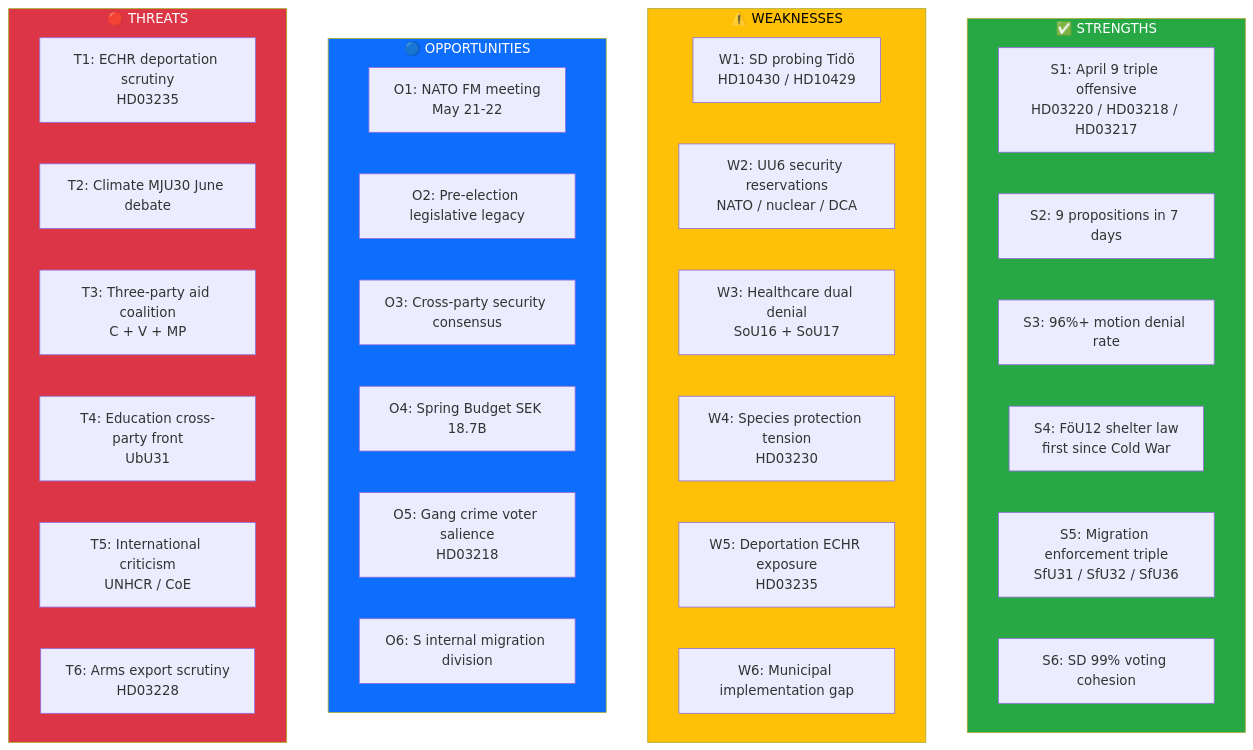
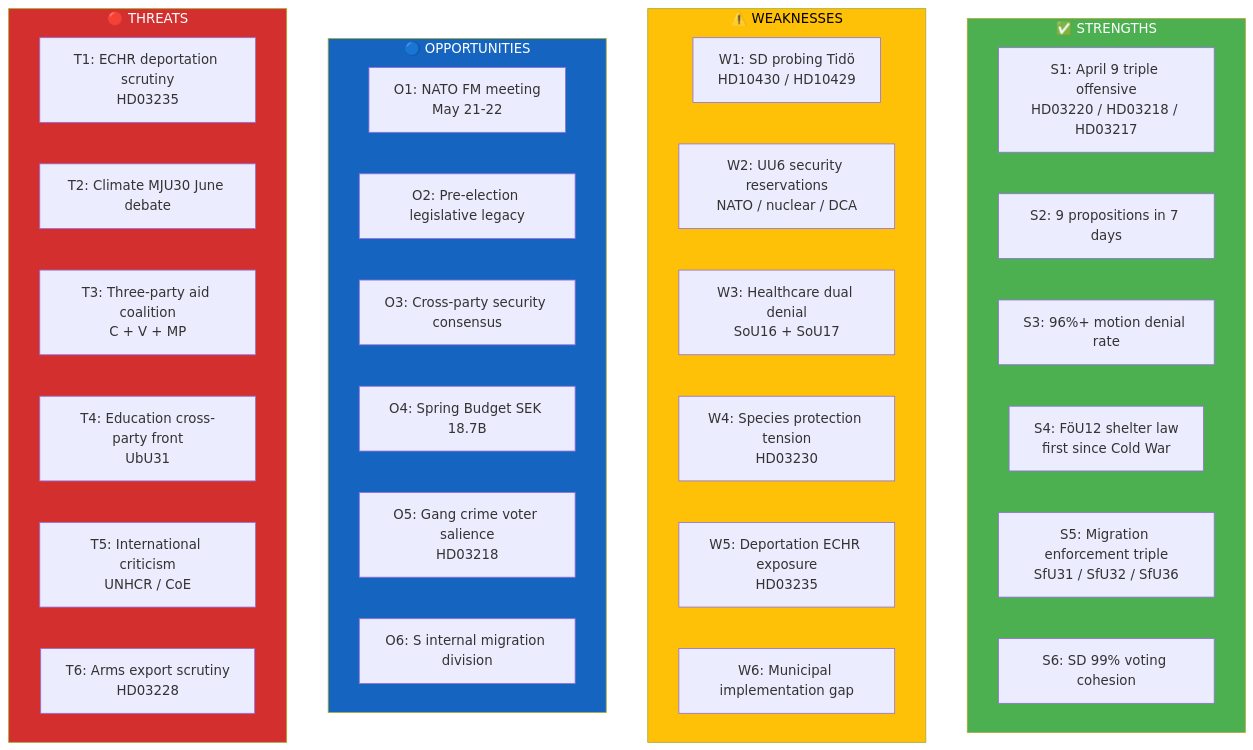
Before and after one commit to Hack23/riksdagsmonitor: the diagram in analysis/daily/2026-04-11/weekly-review/swot-analysis.md, drawn with Mermaid. The commit also changed 785 other files, not shown here.

First line of the commit message:
Normalize mermaid colors across 786 analysis artifacts to ISMS Style Guide palette

````diff
--- a/analysis/daily/2026-04-11/weekly-review/swot-analysis.md
+++ b/analysis/daily/2026-04-11/weekly-review/swot-analysis.md
@@ -19,43 +19,43 @@
 ```mermaid
 graph TD
     subgraph S["✅ STRENGTHS"]
         S1["S1: April 9 triple offensive<br/>HD03220 / HD03218 / HD03217"]
         S2["S2: 9 propositions in 7 days"]
         S3["S3: 96%+ motion denial rate"]
         S4["S4: FöU12 shelter law<br/>first since Cold War"]
         S5["S5: Migration enforcement triple<br/>SfU31 / SfU32 / SfU36"]
         S6["S6: SD 99% voting cohesion"]
     end
 
     subgraph W["⚠️ WEAKNESSES"]
         W1["W1: SD probing Tidö<br/>HD10430 / HD10429"]
         W2["W2: UU6 security reservations<br/>NATO / nuclear / DCA"]
         W3["W3: Healthcare dual denial<br/>SoU16 + SoU17"]
         W4["W4: Species protection tension<br/>HD03230"]
         W5["W5: Deportation ECHR exposure<br/>HD03235"]
         W6["W6: Municipal implementation gap"]
     end
 
     subgraph O["🔵 OPPORTUNITIES"]
         O1["O1: NATO FM meeting<br/>May 21-22"]
         O2["O2: Pre-election legislative legacy"]
         O3["O3: Cross-party security consensus"]
         O4["O4: Spring Budget SEK 18.7B"]
         O5["O5: Gang crime voter salience<br/>HD03218"]
         O6["O6: S internal migration division"]
     end
 
     subgraph T["🔴 THREATS"]
         T1["T1: ECHR deportation scrutiny<br/>HD03235"]
         T2["T2: Climate MJU30 June debate"]
         T3["T3: Three-party aid coalition<br/>C + V + MP"]
         T4["T4: Education cross-party front<br/>UbU31"]
         T5["T5: International criticism<br/>UNHCR / CoE"]
         T6["T6: Arms export scrutiny<br/>HD03228"]
     end
 
-    style S fill:#28a745,color:#fff
-    style W fill:#ffc107,color:#000
-    style O fill:#0d6efd,color:#fff
-    style T fill:#dc3545,color:#fff
+    style S fill:#4CAF50,color:#FFFFFF
+    style W fill:#FFC107,color:#000000
+    style O fill:#1565C0,color:#FFFFFF
+    style T fill:#D32F2F,color:#FFFFFF
 ```
````
